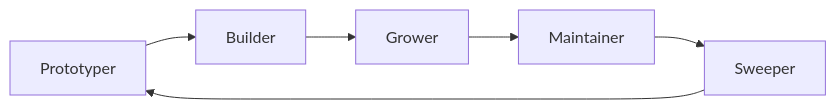
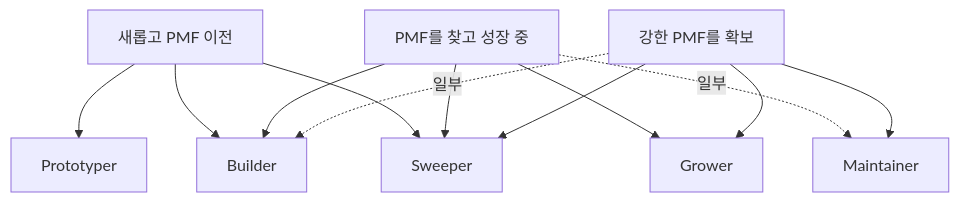
Before and after one commit to JAEKWANG97/JAEKWANG97.github.io: diagram 13 of 15 in src/data/post/why-personal-ai-productivity-does-not-become-organizational-ax.md, drawn with Mermaid. The commit also changed other lines of this file, not shown here.

````diff
--- a/src/data/post/why-personal-ai-productivity-does-not-become-organizational-ax.md
+++ b/src/data/post/why-personal-ai-productivity-does-not-become-organizational-ax.md
@@ -603,8 +606,16 @@
 ```mermaid
-flowchart LR
-    P[Prototyper] --> B[Builder]
-    B --> G[Grower]
-    G --> M[Maintainer]
-    M --> S[Sweeper]
-    S --> P
+flowchart TB
+    N[새롭고 PMF 이전] --> P[Prototyper]
+    N --> B[Builder]
+    N --> S[Sweeper]
+
+    F[PMF를 찾고 성장 중] --> B
+    F --> S
+    F --> G[Grower]
+    F -. 일부 .-> M[Maintainer]
+
+    R[강한 PMF를 확보] --> S
+    R --> G
+    R --> M
+    R -. 일부 .-> B
 ```
````
